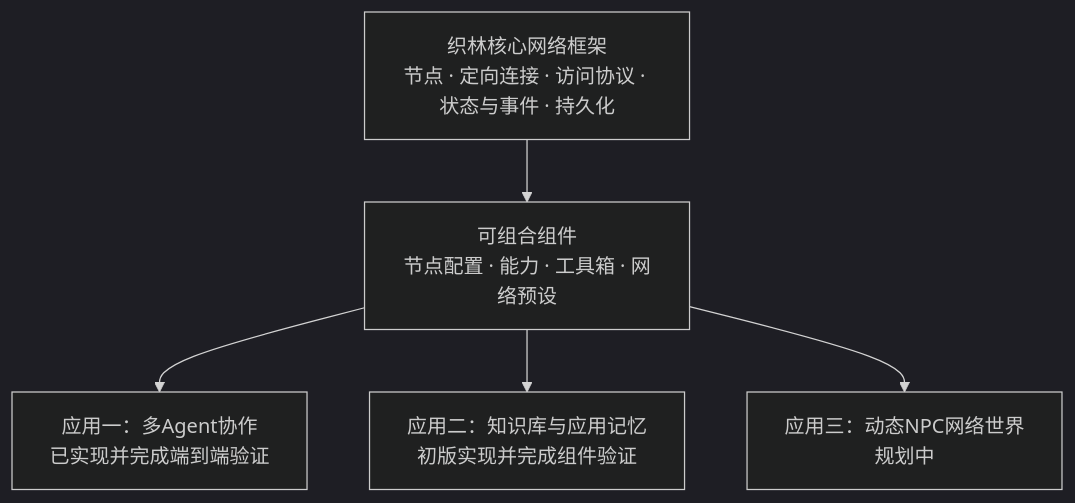
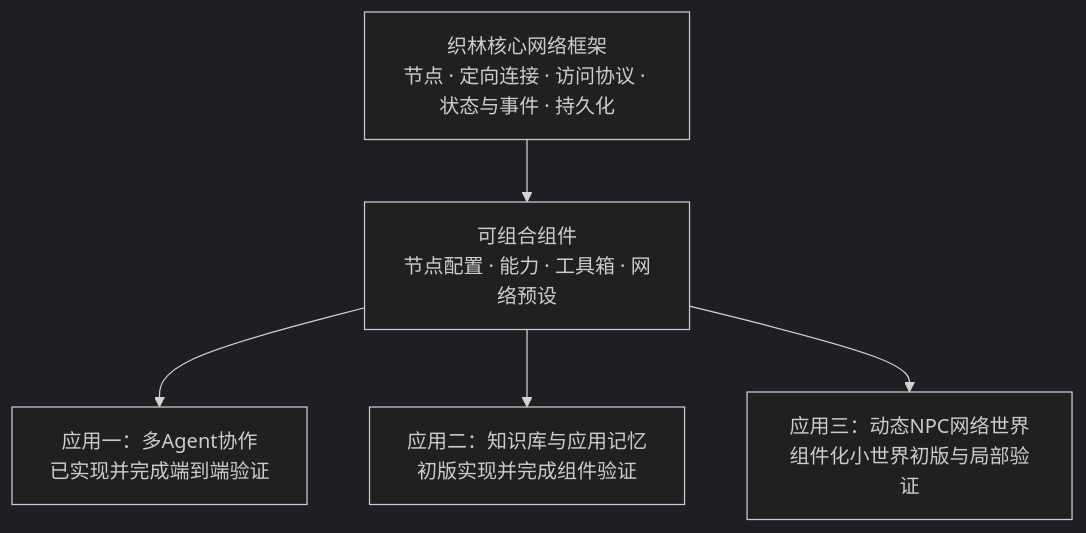
Before and after one commit to kazari-qwp/Nexarbor: the diagram in README.md, drawn with Mermaid (dark theme). The commit also changed other lines of this file and 39 other files, not shown here.

````diff
--- a/README.md
+++ b/README.md
@@ -33,9 +33,9 @@
 ```mermaid
 flowchart TB
     Core["织林核心网络框架<br/>节点 · 定向连接 · 访问协议 · 状态与事件 · 持久化"]
     Components["可组合组件<br/>节点配置 · 能力 · 工具箱 · 网络预设"]
     Core --> Components
     Components --> Agents["应用一：多Agent协作<br/>已实现并完成端到端验证"]
     Components --> Database["应用二：知识库与应用记忆<br/>初版实现并完成组件验证"]
-    Components --> World["应用三：动态NPC网络世界<br/>规划中"]
+    Components --> World["应用三：动态NPC网络世界<br/>组件化小世界初版与局部验证"]
 ```
````
